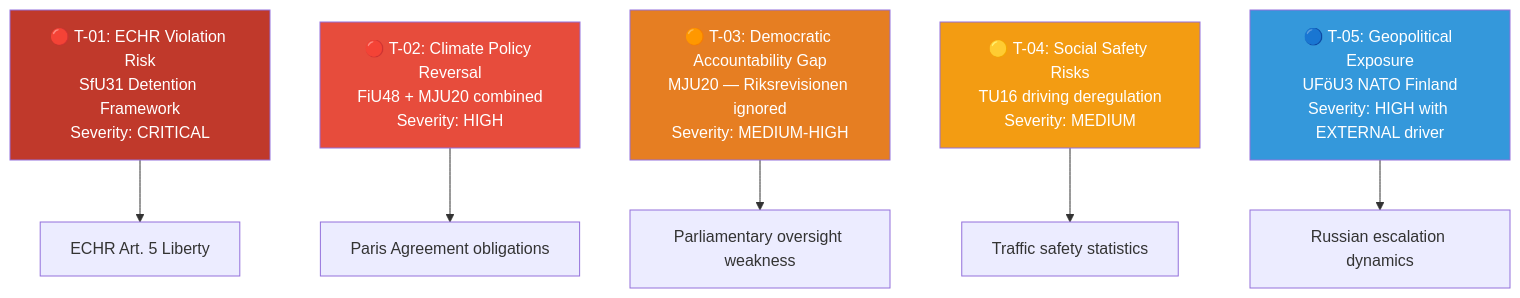
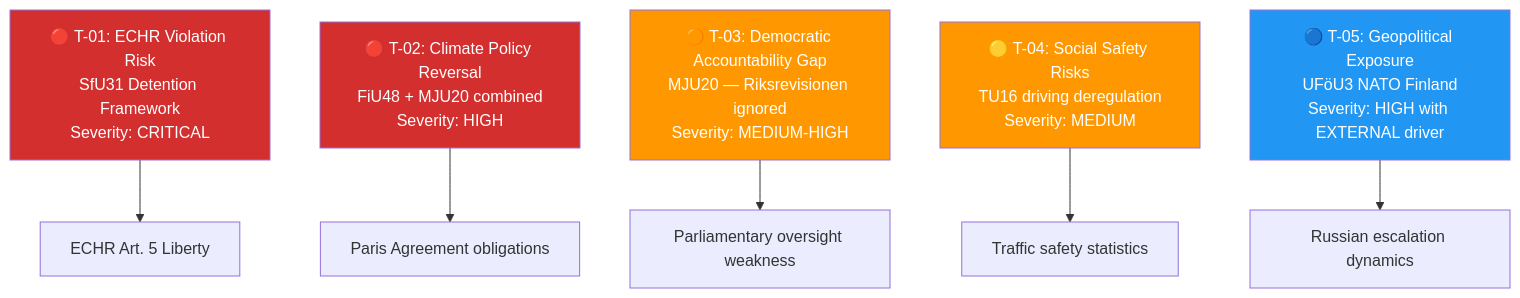
The diagram in analysis/daily/2026-04-17/committeeReports/threat-analysis.md (Hack23/riksdagsmonitor), drawn with Mermaid before and after one commit. The commit also changed 785 other files, not shown here.

First line of the commit message:
Normalize mermaid colors across 786 analysis artifacts to ISMS Style Guide palette

````diff
--- a/analysis/daily/2026-04-17/committeeReports/threat-analysis.md
+++ b/analysis/daily/2026-04-17/committeeReports/threat-analysis.md
@@ -7,20 +7,20 @@
 ```mermaid
 graph TD
-    style T1 fill:#c0392b,color:#fff
-    style T2 fill:#e74c3c,color:#fff
-    style T3 fill:#e67e22,color:#fff
-    style T4 fill:#f39c12,color:#fff
-    style T5 fill:#3498db,color:#fff
+    style T1 fill:#D32F2F,color:#FFFFFF
+    style T2 fill:#D32F2F,color:#FFFFFF
+    style T3 fill:#FF9800,color:#FFFFFF
+    style T4 fill:#FF9800,color:#FFFFFF
+    style T5 fill:#2196F3,color:#FFFFFF
 
     T1[🔴 T-01: ECHR Violation Risk<br/>SfU31 Detention Framework<br/>Severity: CRITICAL]
     T2[🔴 T-02: Climate Policy Reversal<br/>FiU48 + MJU20 combined<br/>Severity: HIGH]
     T3[🟠 T-03: Democratic Accountability Gap<br/>MJU20 — Riksrevisionen ignored<br/>Severity: MEDIUM-HIGH]
     T4[🟡 T-04: Social Safety Risks<br/>TU16 driving deregulation<br/>Severity: MEDIUM]
     T5[🔵 T-05: Geopolitical Exposure<br/>UFöU3 NATO Finland<br/>Severity: HIGH with EXTERNAL driver]
 
     T1 --> ECHR[ECHR Art. 5 Liberty]
     T2 --> PARIS[Paris Agreement obligations]
     T3 --> PARL[Parliamentary oversight weakness]
     T4 --> SAFETY[Traffic safety statistics]
     T5 --> RUSSIA[Russian escalation dynamics]
 ```
````
